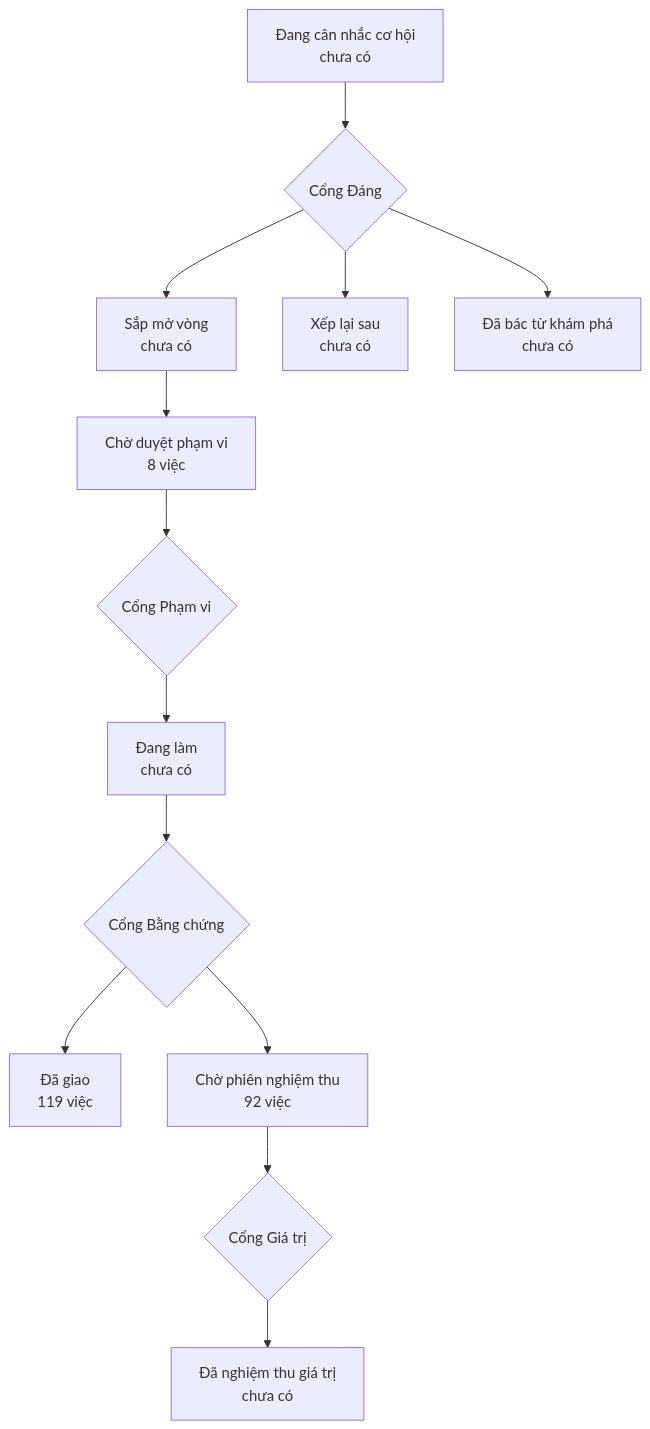
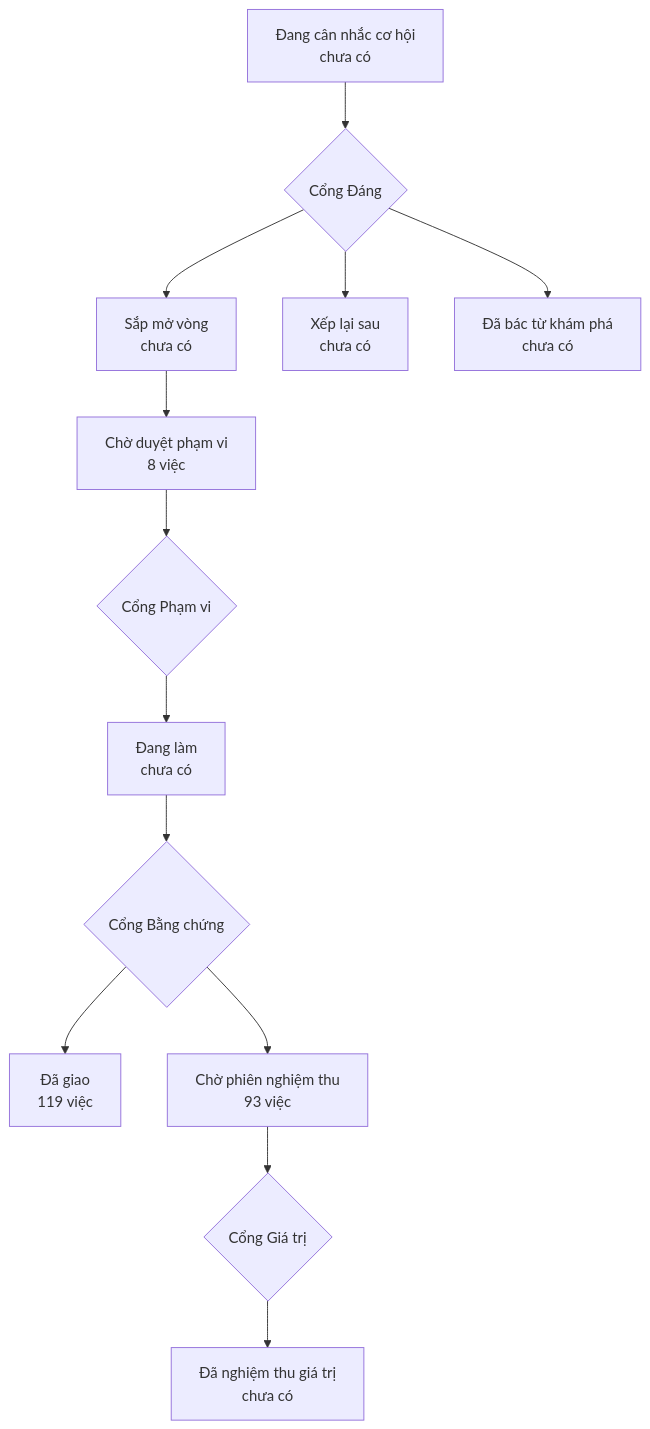
The diagram in PRODUCT-MAP.md (phanlemanh/onehub-invest), drawn with Mermaid before and after one commit. The commit also changed other lines of this file and 1 other file, not shown here.

Commit message:
docs: vẽ lại bản đồ sản phẩm và lộ trình sau khi gộp main

````diff
--- a/PRODUCT-MAP.md
+++ b/PRODUCT-MAP.md
@@ -7,12 +7,12 @@
 ```mermaid
 flowchart TD
   A["Đang cân nhắc cơ hội<br/>chưa có"] --> GD{"Cổng Đáng"}
   GD --> B["Sắp mở vòng<br/>chưa có"]
   GD --> XL["Xếp lại sau<br/>chưa có"]
   GD --> DB["Đã bác từ khám phá<br/>chưa có"]
   B --> CD["Chờ duyệt phạm vi<br/>8 việc"] --> GP{"Cổng Phạm vi"}
   GP --> DL["Đang làm<br/>chưa có"] --> GB{"Cổng Bằng chứng"}
   GB --> DG["Đã giao<br/>119 việc"]
-  GB --> CN["Chờ phiên nghiệm thu<br/>92 việc"] --> GG{"Cổng Giá trị"}
+  GB --> CN["Chờ phiên nghiệm thu<br/>93 việc"] --> GG{"Cổng Giá trị"}
   GG --> NT["Đã nghiệm thu giá trị<br/>chưa có"]
 ```
````
